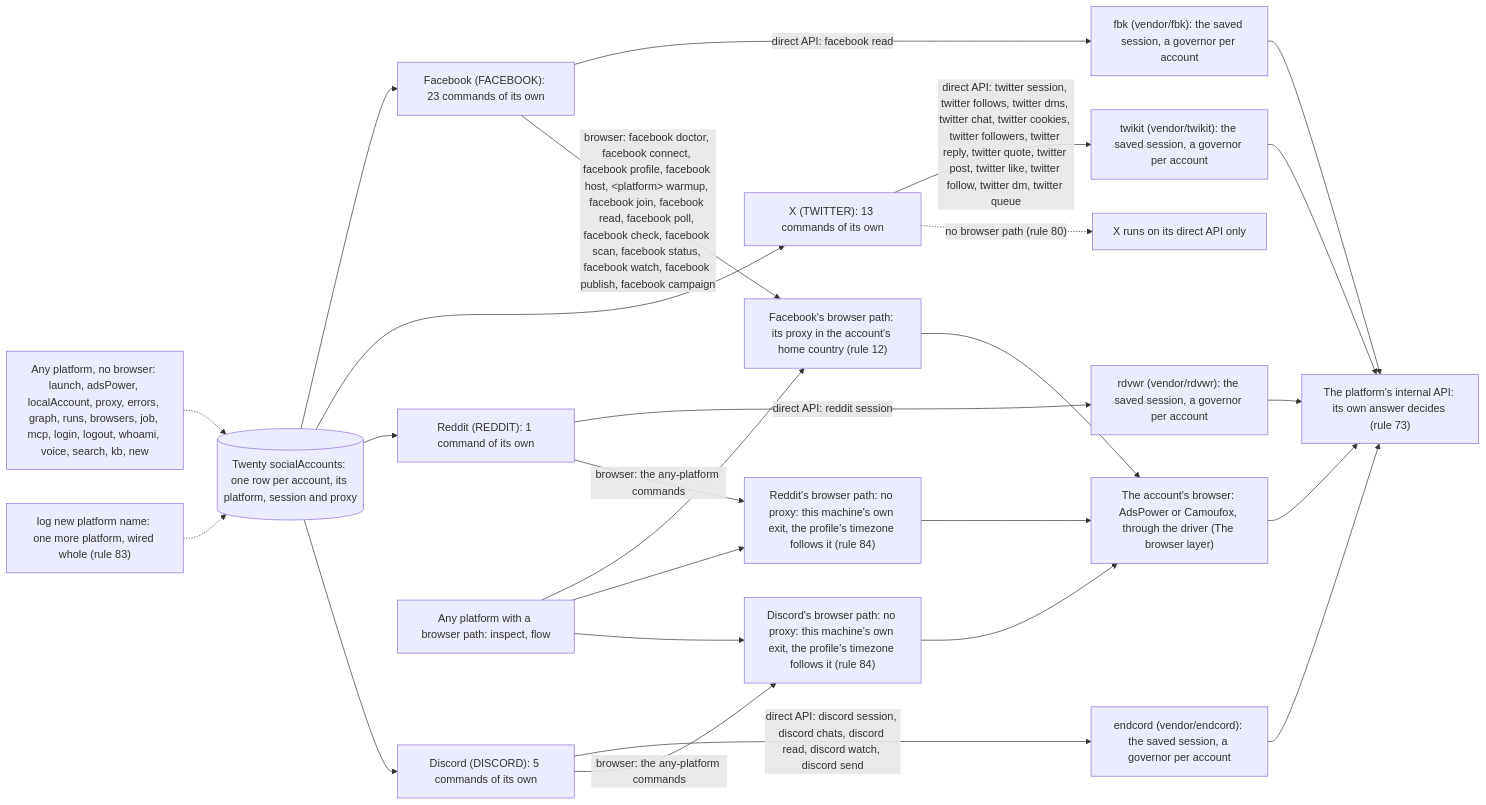
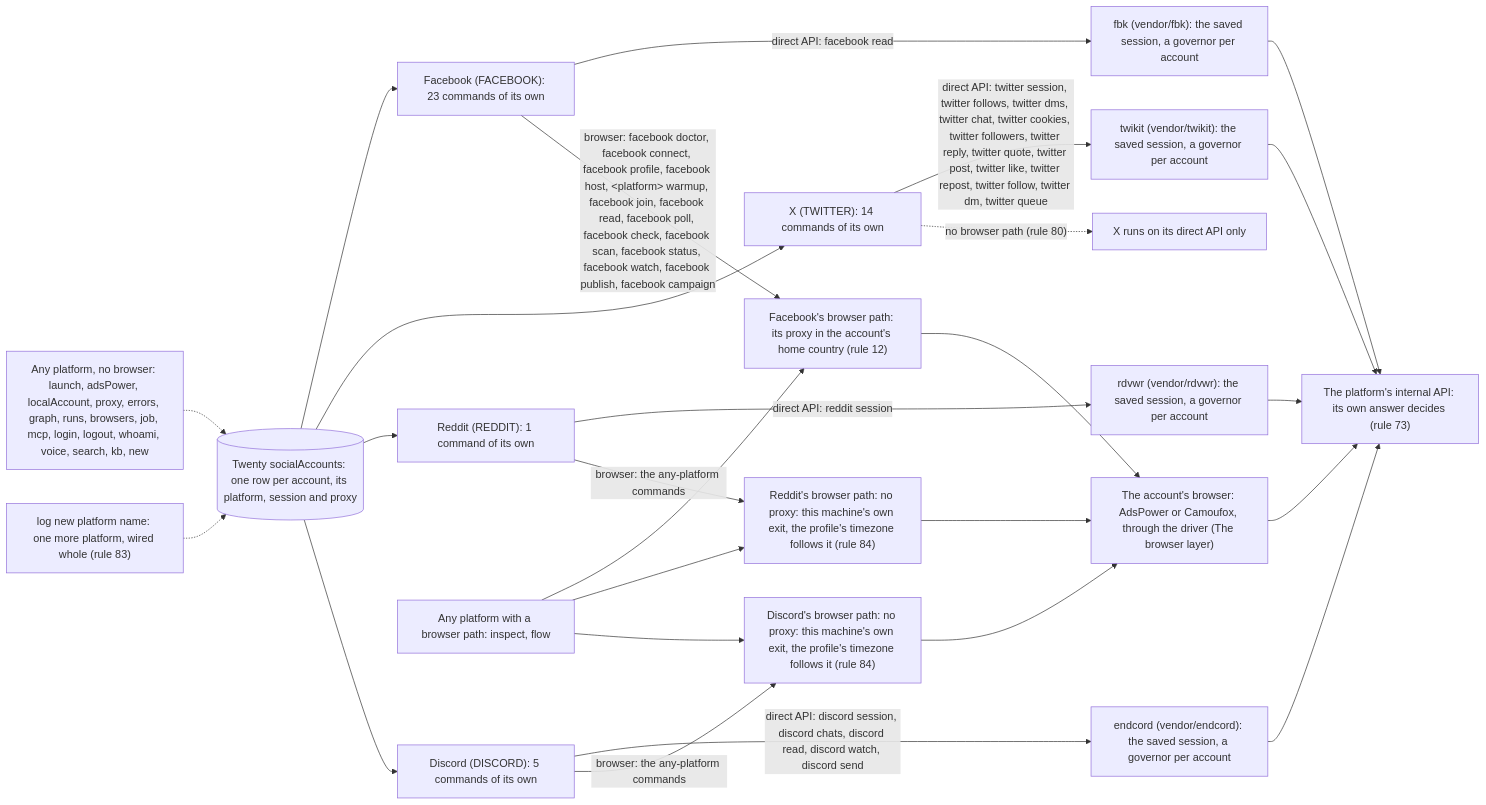
Before and after one commit to matthewdonsemail-lab/log: the first of 6 diagrams in README.md, drawn with Mermaid. The commit also changed other lines of this file and 31 other files, not shown here.

First line of the commit message:
feat: every account local, X at 90 writes a day, log twitter repost

````diff
--- a/README.md
+++ b/README.md
@@ -126,37 +126,37 @@
 ```mermaid
 flowchart LR
   twenty[("Twenty socialAccounts: one row per account, its platform, session and proxy")]
   api["The platform's internal API: its own answer decides (rule 73)"]
   drivers["The account's browser: AdsPower or Camoufox, through the driver (The browser layer)"]
   p_facebook["Facebook (FACEBOOK): 23 commands of its own"]
   twenty --> p_facebook
   p_facebook -->|"direct API: facebook read"| e_fbk["fbk (vendor/fbk): the saved session, a governor per account"]
   e_fbk --> api
   p_facebook -->|"browser: facebook doctor, facebook connect, facebook profile, facebook host, #lt;platform#gt; warmup, facebook join, facebook read, facebook poll, facebook check, facebook scan, facebook status, facebook watch, facebook publish, facebook campaign"| b_facebook["Facebook's browser path: its proxy in the account's home country (rule 12)"]
   b_facebook --> drivers
-  p_twitter["X (TWITTER): 13 commands of its own"]
+  p_twitter["X (TWITTER): 14 commands of its own"]
   twenty --> p_twitter
-  p_twitter -->|"direct API: twitter session, twitter follows, twitter dms, twitter chat, twitter cookies, twitter followers, twitter reply, twitter quote, twitter post, twitter like, twitter follow, twitter dm, twitter queue"| e_twikit["twikit (vendor/twikit): the saved session, a governor per account"]
+  p_twitter -->|"direct API: twitter session, twitter follows, twitter dms, twitter chat, twitter cookies, twitter followers, twitter reply, twitter quote, twitter post, twitter like, twitter repost, twitter follow, twitter dm, twitter queue"| e_twikit["twikit (vendor/twikit): the saved session, a governor per account"]
   e_twikit --> api
   p_twitter -.->|"no browser path (rule 80)"| nob_twitter["X runs on its direct API only"]
   p_reddit["Reddit (REDDIT): 1 command of its own"]
   twenty --> p_reddit
   p_reddit -->|"direct API: reddit session"| e_rdvwr["rdvwr (vendor/rdvwr): the saved session, a governor per account"]
   e_rdvwr --> api
   p_reddit -->|"browser: the any-platform commands"| b_reddit["Reddit's browser path: no proxy: this machine's own exit, the profile's timezone follows it (rule 84)"]
   b_reddit --> drivers
   p_discord["Discord (DISCORD): 5 commands of its own"]
   twenty --> p_discord
   p_discord -->|"direct API: discord session, discord chats, discord read, discord watch, discord send"| e_endcord["endcord (vendor/endcord): the saved session, a governor per account"]
   e_endcord --> api
   p_discord -->|"browser: the any-platform commands"| b_discord["Discord's browser path: no proxy: this machine's own exit, the profile's timezone follows it (rule 84)"]
   b_discord --> drivers
   anyB["Any platform with a browser path: inspect, flow"]
   anyB --> b_facebook
   anyB --> b_reddit
   anyB --> b_discord
   anyN["Any platform, no browser: launch, adsPower, localAccount, proxy, errors, graph, runs, browsers, job, mcp, login, logout, whoami, voice, search, kb, new"]
   anyN -.-> twenty
   newP["log new platform name: one more platform, wired whole (rule 83)"] -.-> twenty
   drivers --> api
 ```
````
